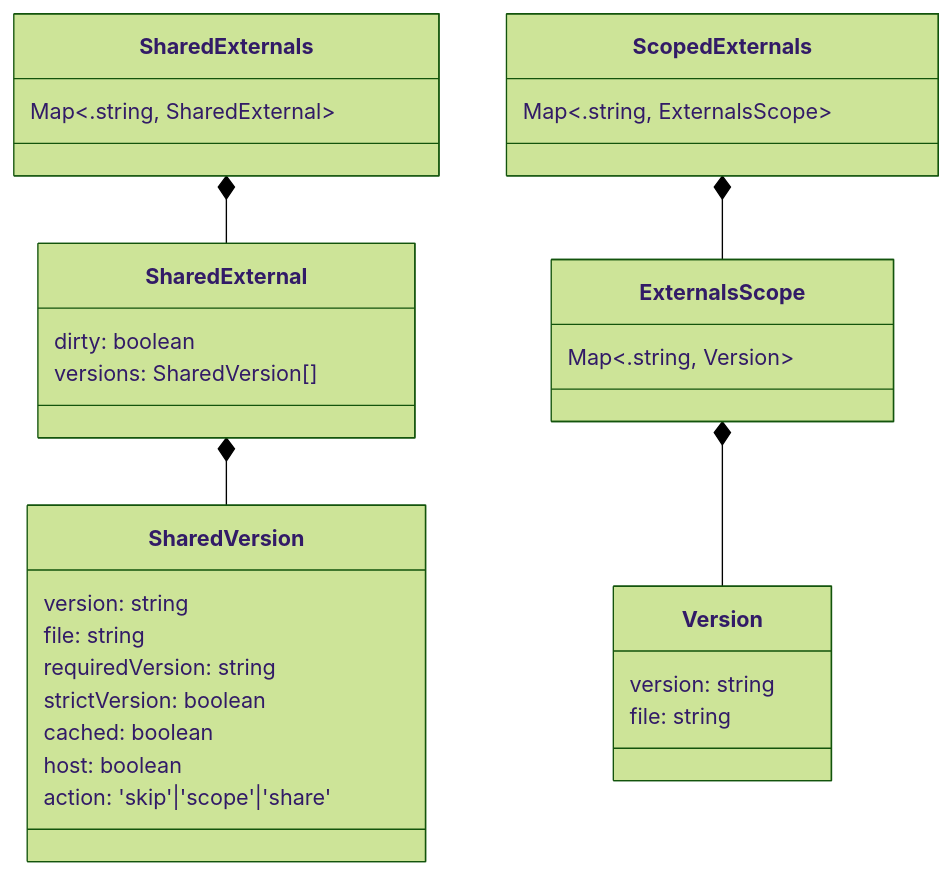
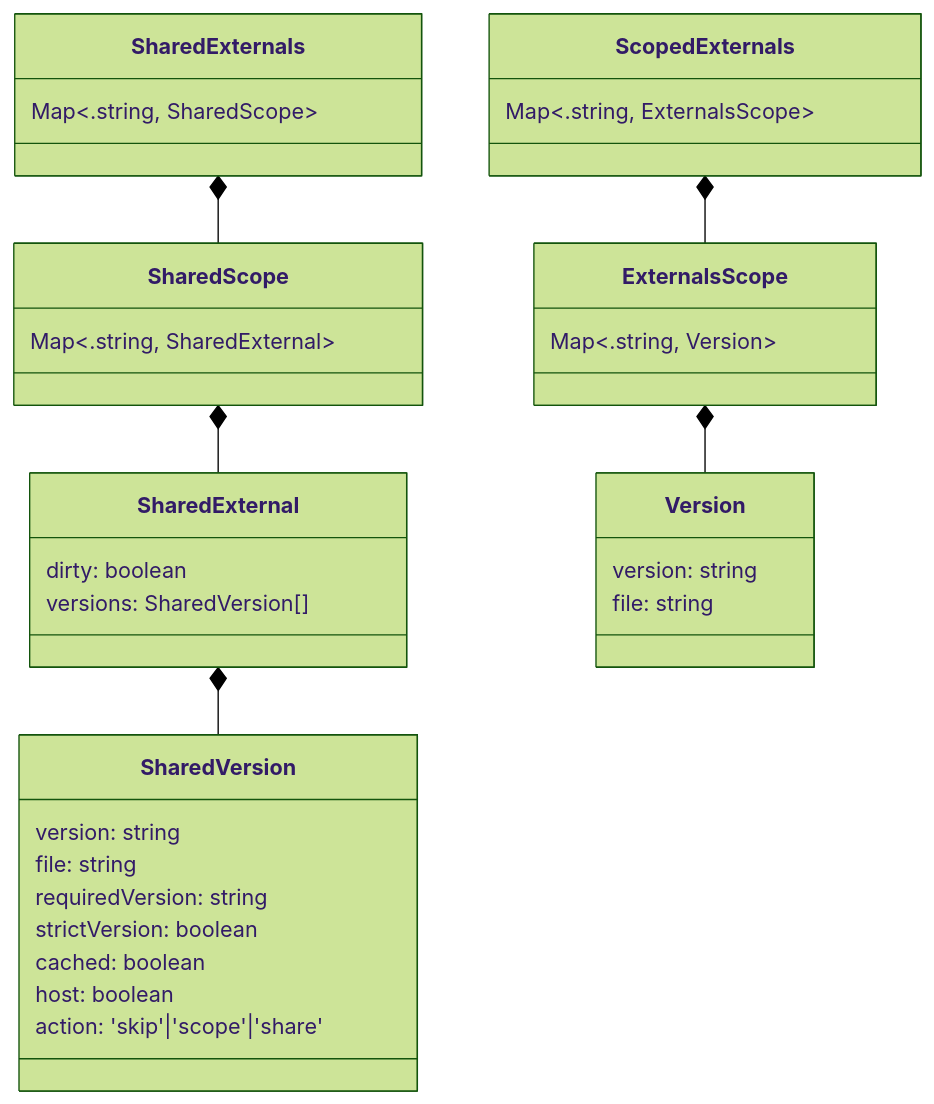
One commit to topicusonderwijs/vanilla-native-federation changed the fifth of 5 diagrams in docs/architecture.md. Above: the diagram before and after it, drawn with Mermaid (forest theme). The commit also changed other lines of this file, not shown here.

````diff
--- a/docs/architecture.md
+++ b/docs/architecture.md
@@ -259,34 +261,38 @@
 ```mermaid
 classDiagram
-    SharedExternals *-- SharedExternal
+    SharedExternals *-- SharedScope
+    SharedScope *-- SharedExternal
     SharedExternal *-- SharedVersion
     ScopedExternals *-- ExternalsScope
     ExternalsScope *-- Version
 
     class SharedExternals {
+        Map<.string, SharedScope>
+    }
+    class SharedScope {
         Map<.string, SharedExternal>
     }
     class SharedExternal {
         dirty: boolean
         versions: SharedVersion[]
     }
     class SharedVersion{
         version: string
         file: string
         requiredVersion: string
         strictVersion: boolean
         cached: boolean
         host: boolean
         action: 'skip'|'scope'|'share'
     }  
     class ScopedExternals {
         Map<.string, ExternalsScope>
     } 
     class ExternalsScope {
         Map<.string, Version>
     } 
     class Version{
         version: string
         file: string
     }
 ```
````
